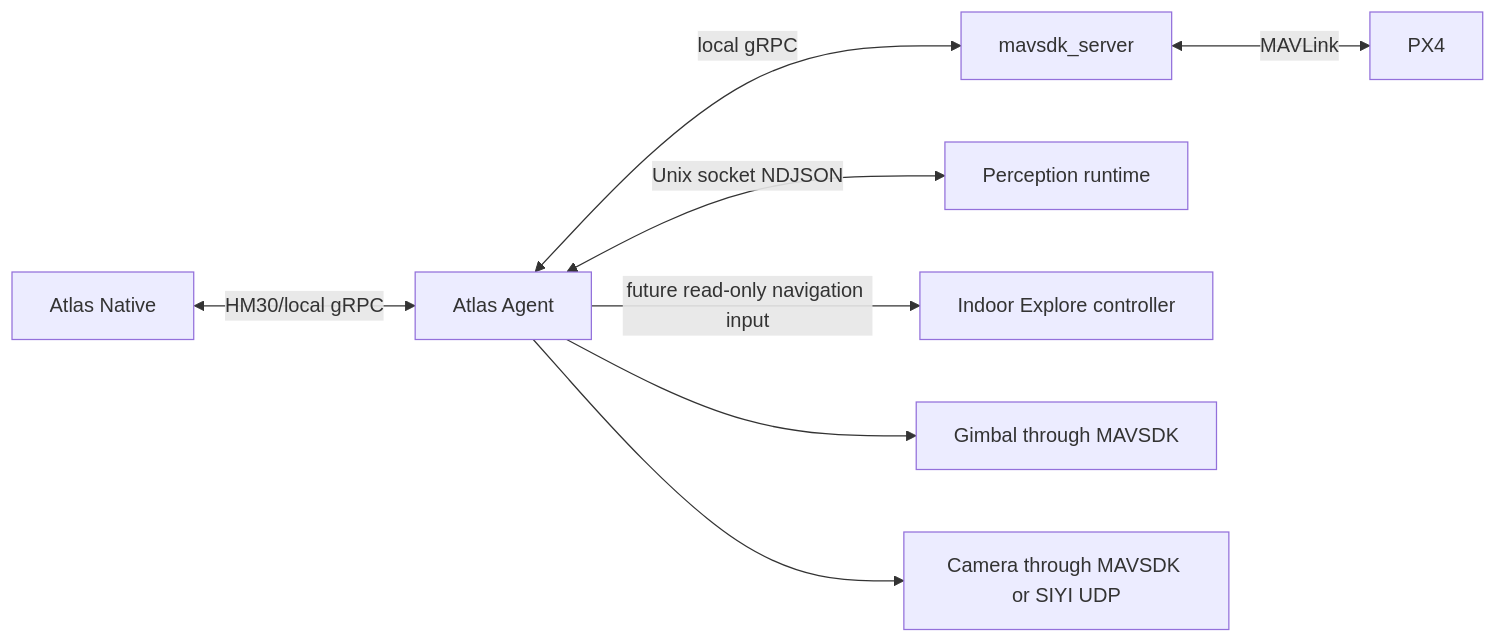
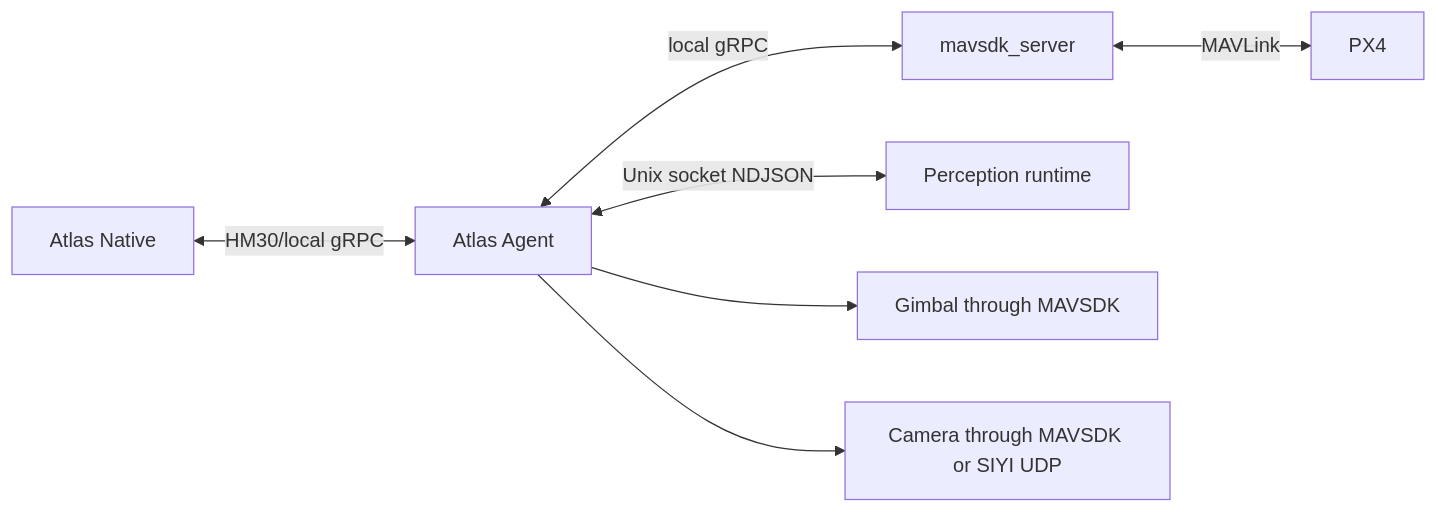
The diagram in docs/atlas-agent.md (mofe64/atlas), drawn with Mermaid before and after one commit. The commit also changed other lines of this file and 144 other files, not shown here.

````diff
--- a/docs/atlas-agent.md
+++ b/docs/atlas-agent.md
@@ -8,10 +14,9 @@
 ```mermaid
 flowchart LR
     Native["Atlas Native"] <-->|"HM30/local gRPC"| Agent["Atlas Agent"]
     Agent <-->|"local gRPC"| MAVSDK["mavsdk_server"]
     MAVSDK <-->|"MAVLink"| PX4["PX4"]
     Agent <-->|"Unix socket NDJSON"| Runtime["Perception runtime"]
-    Agent -->|"future read-only navigation input"| Indoor["Indoor Explore controller"]
     Agent --> Gimbal["Gimbal through MAVSDK"]
     Agent --> Camera["Camera through MAVSDK or SIYI UDP"]
 ```
````
